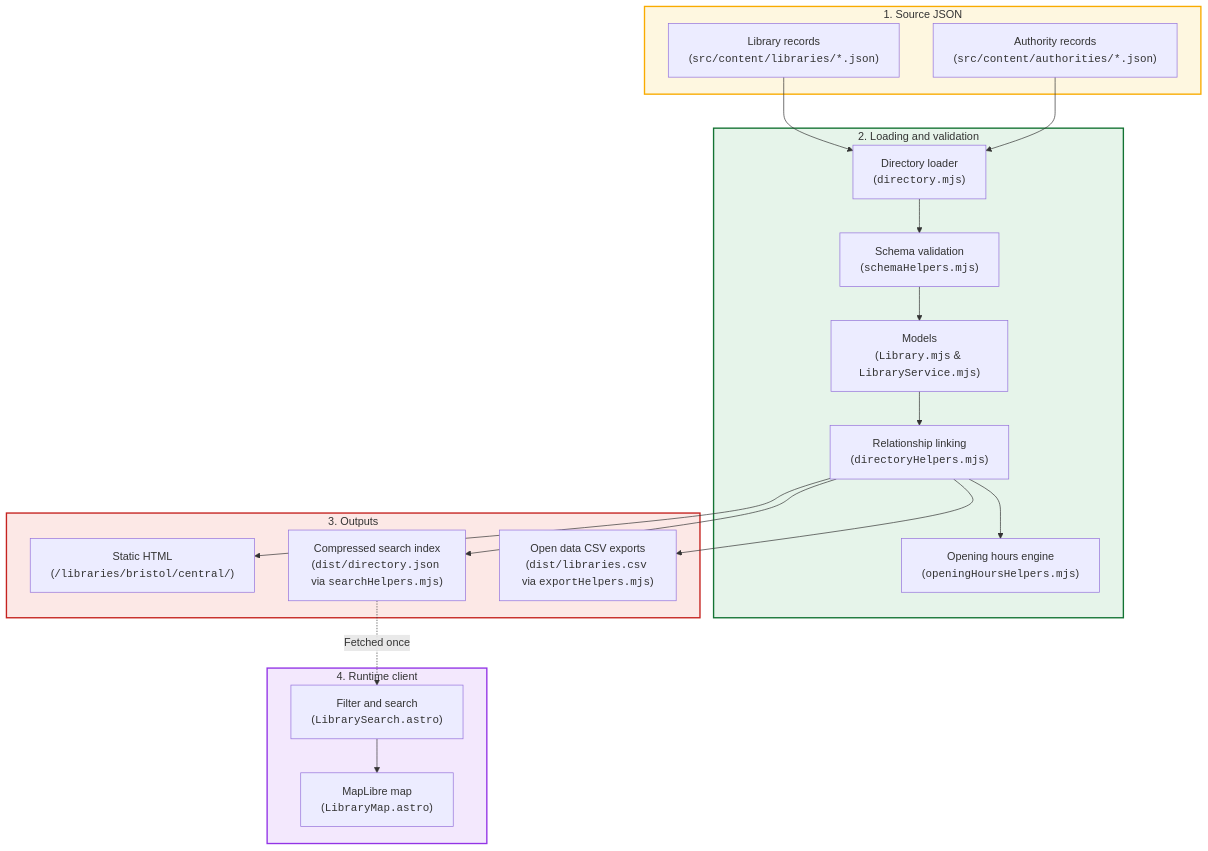
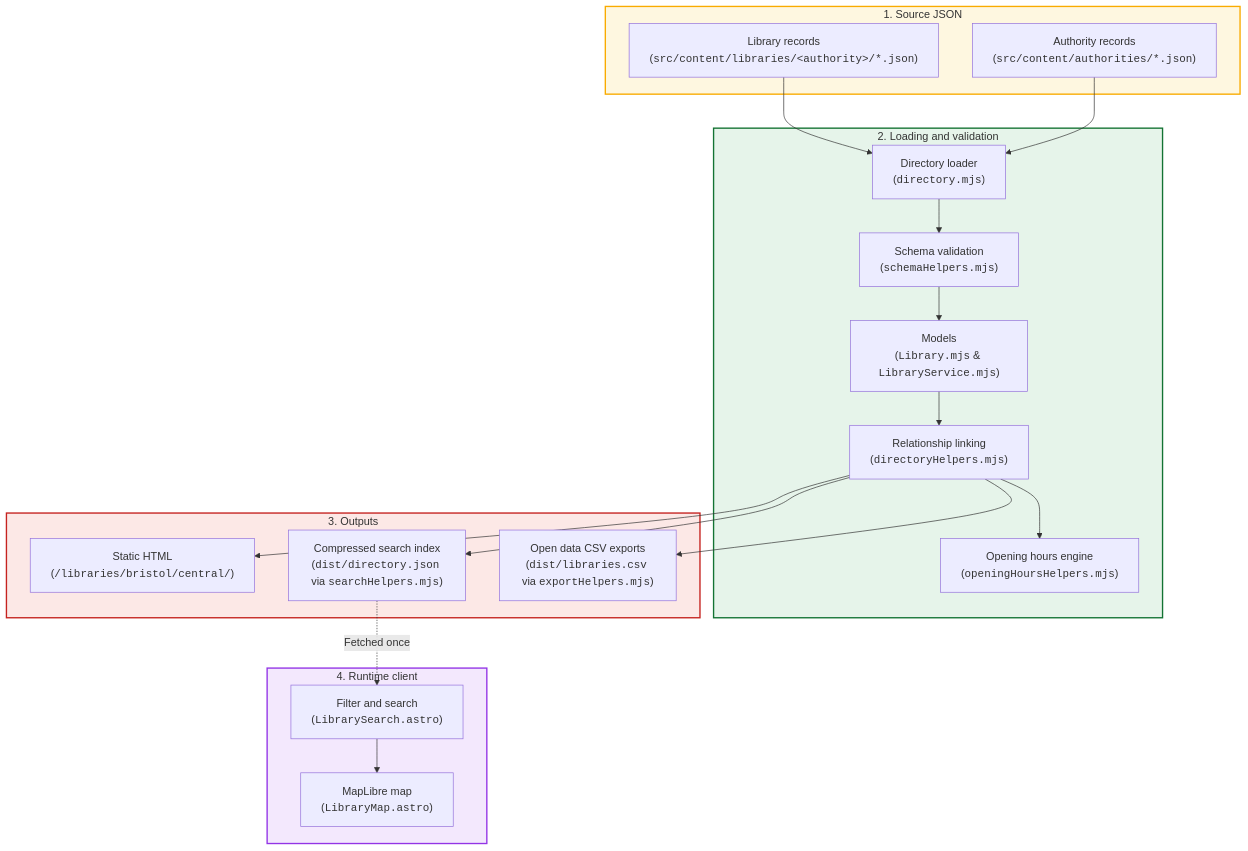
One commit to LibrariesHacked/libraryon-commons changed the second of 2 diagrams in docs/content-pipeline.md. Above: the diagram before and after it, drawn with Mermaid. The commit also changed other lines of this file and 4281 other files, not shown here.

````diff
--- a/docs/content-pipeline.md
+++ b/docs/content-pipeline.md
@@ -98,45 +98,45 @@
 ```mermaid
 flowchart TD
     subgraph DATA ["1. Source JSON"]
-        LIBS["Library records<br/>(<code>src/content/libraries/*.json</code>)"]
+        LIBS["Library records<br/>(<code>src/content/libraries/&lt;authority&gt;/*.json</code>)"]
         AUTHS["Authority records<br/>(<code>src/content/authorities/*.json</code>)"]
     end
 
     subgraph VALIDATE ["2. Loading and validation"]
         LOADER["Directory loader<br/>(<code>directory.mjs</code>)"]
         SCHEMA["Schema validation<br/>(<code>schemaHelpers.mjs</code>)"]
         MODELS["Models<br/>(<code>Library.mjs</code> & <code>LibraryService.mjs</code>)"]
         GRAPH["Relationship linking<br/>(<code>directoryHelpers.mjs</code>)"]
         HOURS["Opening hours engine<br/>(<code>openingHoursHelpers.mjs</code>)"]
 
         LIBS --> LOADER
         AUTHS --> LOADER
         LOADER --> SCHEMA
         SCHEMA --> MODELS
         MODELS --> GRAPH
         GRAPH --> HOURS
     end
 
     subgraph OUTPUTS ["3. Outputs"]
         PAGES["Static HTML<br/>(<code>/libraries/bristol/central/</code>)"]
         SEARCH_INDEX["Compressed search index<br/>(<code>dist/directory.json</code> via <code>searchHelpers.mjs</code>)"]
         CSVS["Open data CSV exports<br/>(<code>dist/libraries.csv</code> via <code>exportHelpers.mjs</code>)"]
 
         GRAPH --> PAGES
         GRAPH --> SEARCH_INDEX
         GRAPH --> CSVS
     end
 
     subgraph RUNTIME ["4. Runtime client"]
         MAP["MapLibre map<br/>(<code>LibraryMap.astro</code>)"]
         FILTER["Filter and search<br/>(<code>LibrarySearch.astro</code>)"]
 
         SEARCH_INDEX -.->|Fetched once| FILTER
         FILTER --> MAP
     end
 
     style DATA fill:#fef7e0,stroke:#f9ab00,stroke-width:2px
     style VALIDATE fill:#e6f4ea,stroke:#137333,stroke-width:2px
     style OUTPUTS fill:#fce8e6,stroke:#c5221f,stroke-width:2px
     style RUNTIME fill:#f3e8fd,stroke:#9334e6,stroke-width:2px
 ```
````
